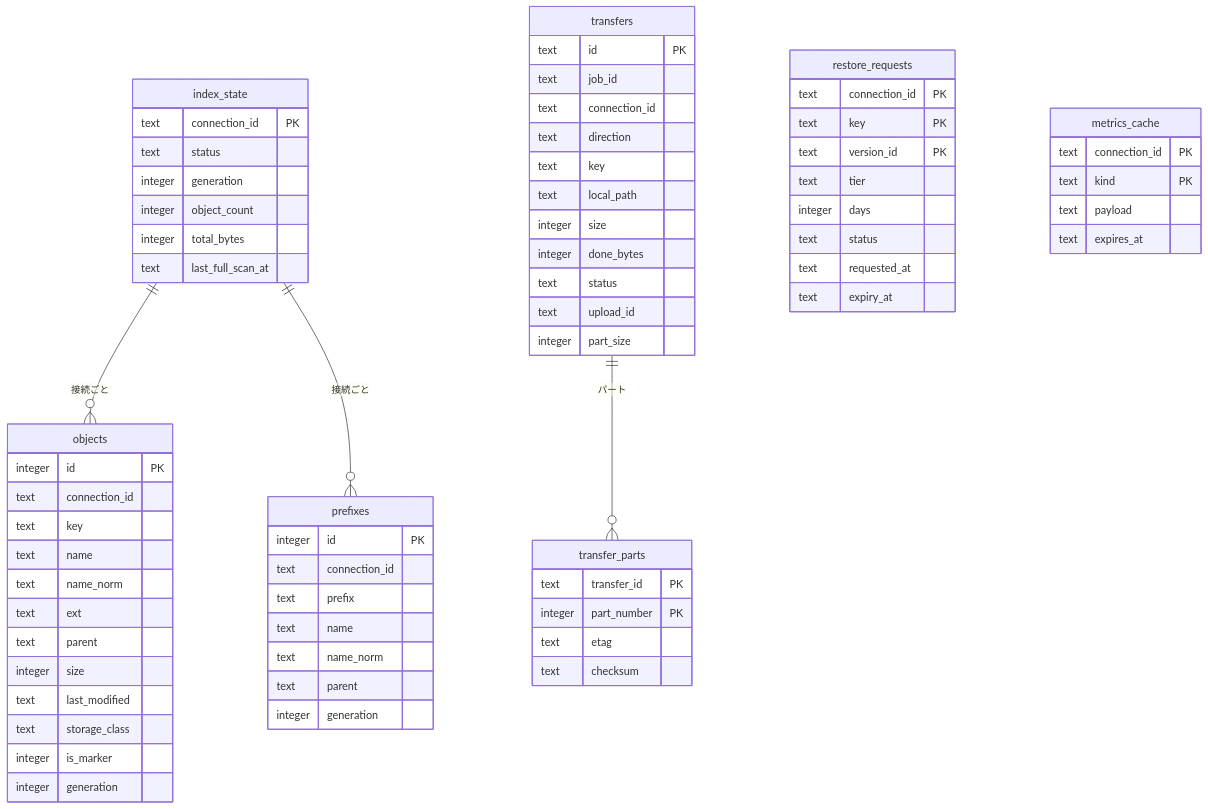
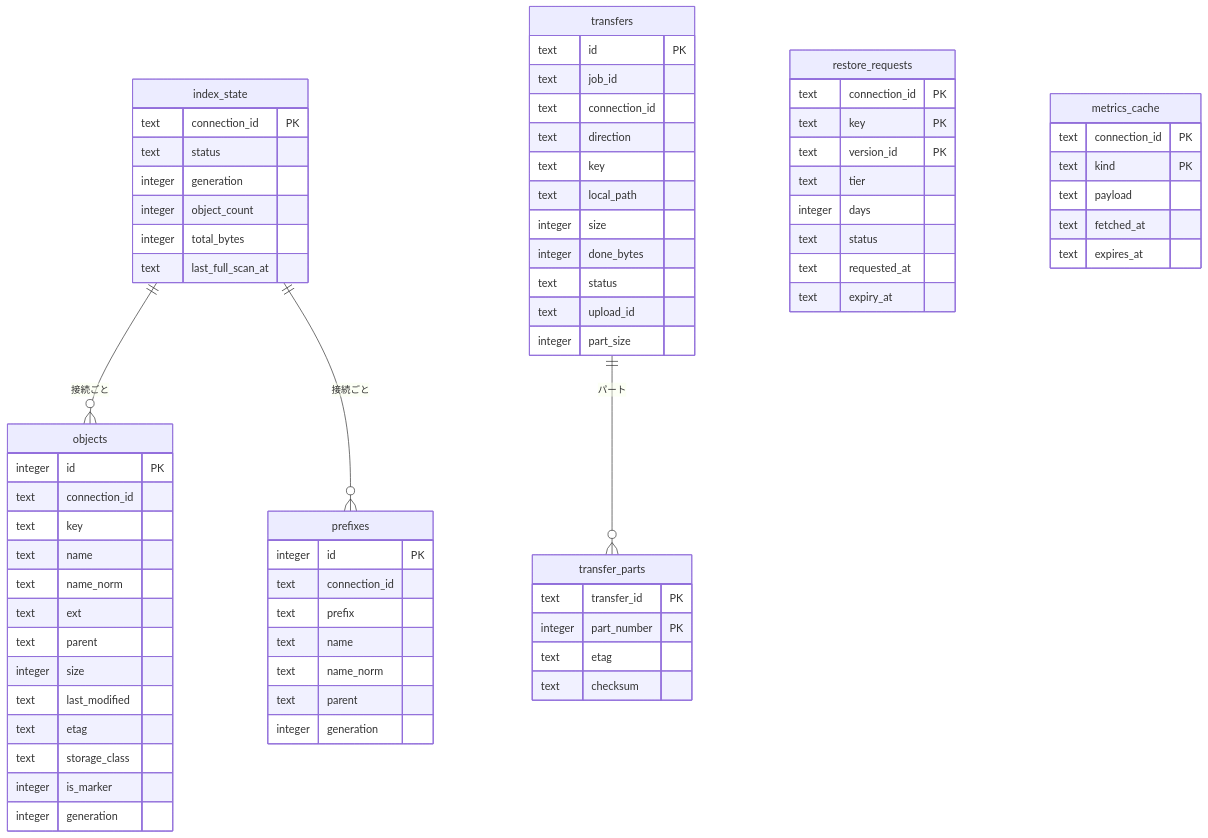
One commit to Sh1gekicks/s3driveapp changed the diagram in docs/design/06-data.md. Above: the diagram before and after it, drawn with Mermaid. The commit also changed other lines of this file and 32 other files, not shown here.

````diff
--- a/docs/design/06-data.md
+++ b/docs/design/06-data.md
@@ -118,72 +120,74 @@
 ```mermaid
 erDiagram
   index_state ||--o{ objects : "接続ごと"
   index_state ||--o{ prefixes : "接続ごと"
   transfers ||--o{ transfer_parts : "パート"
   index_state {
     text connection_id PK
     text status
     integer generation
     integer object_count
     integer total_bytes
     text last_full_scan_at
   }
   objects {
     integer id PK
     text connection_id
     text key
     text name
     text name_norm
     text ext
     text parent
     integer size
     text last_modified
+    text etag
     text storage_class
     integer is_marker
     integer generation
   }
   prefixes {
     integer id PK
     text connection_id
     text prefix
     text name
     text name_norm
     text parent
     integer generation
   }
   transfers {
     text id PK
     text job_id
     text connection_id
     text direction
     text key
     text local_path
     integer size
     integer done_bytes
     text status
     text upload_id
     integer part_size
   }
   transfer_parts {
     text transfer_id PK
     integer part_number PK
     text etag
     text checksum
   }
   restore_requests {
     text connection_id PK
     text key PK
     text version_id PK
     text tier
     integer days
     text status
     text requested_at
     text expiry_at
   }
   metrics_cache {
     text connection_id PK
     text kind PK
     text payload
+    text fetched_at
     text expires_at
   }
 ```
````
